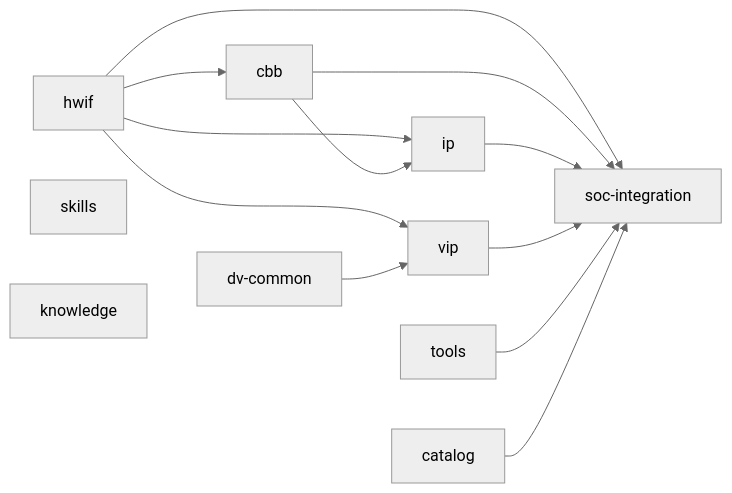
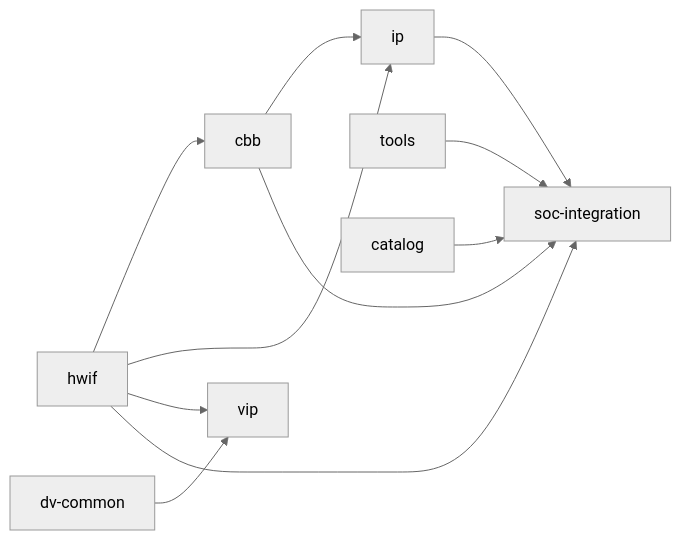
The diagram in docs/architecture/repos.md (boyangwang1991-design/aixsilicon_workflow), drawn with Mermaid (neutral theme) before and after one commit. The commit also changed other lines of this file and 148 other files, not shown here.

````diff
--- a/docs/architecture/repos.md
+++ b/docs/architecture/repos.md
@@ -29,24 +34,13 @@
 ```mermaid
 flowchart LR
-    HWIF["hwif"]
-    CBB["cbb"]
-    IP["ip"]
-    DVC["dv-common"]
-    VIP["vip"]
-    TOL["tools"]
-    CAT["catalog"]
-    SOC["soc-integration"]
-    SKI["skills"]
-    KNO["knowledge"]
-    HWIF --> CBB
-    HWIF --> IP
-    HWIF --> VIP
-    HWIF --> SOC
+    HWIF["hwif"] --> CBB["cbb"]
+    HWIF --> IP["ip"]
     CBB --> IP
+    HWIF --> VIP["vip"]
+    DVC["dv-common"] --> VIP
+    HWIF --> SOC["soc-integration"]
     CBB --> SOC
     IP --> SOC
-    DVC --> VIP
-    VIP --> SOC
-    TOL --> SOC
-    CAT --> SOC
+    TOOLS["tools"] --> SOC
+    CAT["catalog"] --> SOC
 ```
````
